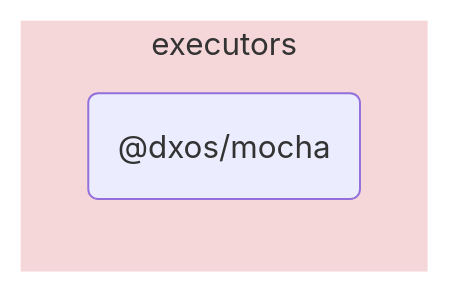
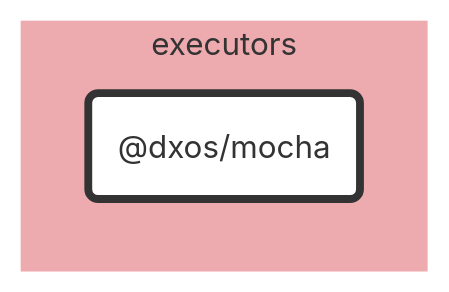
Before and after one commit to dxos/dxos: the diagram in tools/executors/mocha/docs/README.md, drawn with Mermaid. The commit also changed other lines of this file and 89 other files, not shown here.

````diff
--- a/tools/executors/mocha/docs/README.md
+++ b/tools/executors/mocha/docs/README.md
@@ -5,9 +7,25 @@
 ```mermaid
-flowchart LR;
+%%{ init: {'flowchart':{'curve':'basis'}} }%%
 
+flowchart LR
+
+%% Links
+
+%% Sections
 subgraph executors
-  style executors fill:#f5d6d9,stroke:#fff;
-  dxos/mocha("@dxos/mocha");
+  style executors fill:#edabb0,stroke:#fff;
+
+  dxos/mocha("@dxos/mocha")
 end
 
+
+%% Hyperlinks
+
+%% Styles
+classDef rootNode fill:#fff,stroke:#333,stroke-width:4px
+classDef defaultNode fill:#fff,stroke:#333,stroke-width:1px
+linkStyle default stroke:#333,stroke-width:1px
+
+dxos/mocha:::rootNode
+
 ```
````
